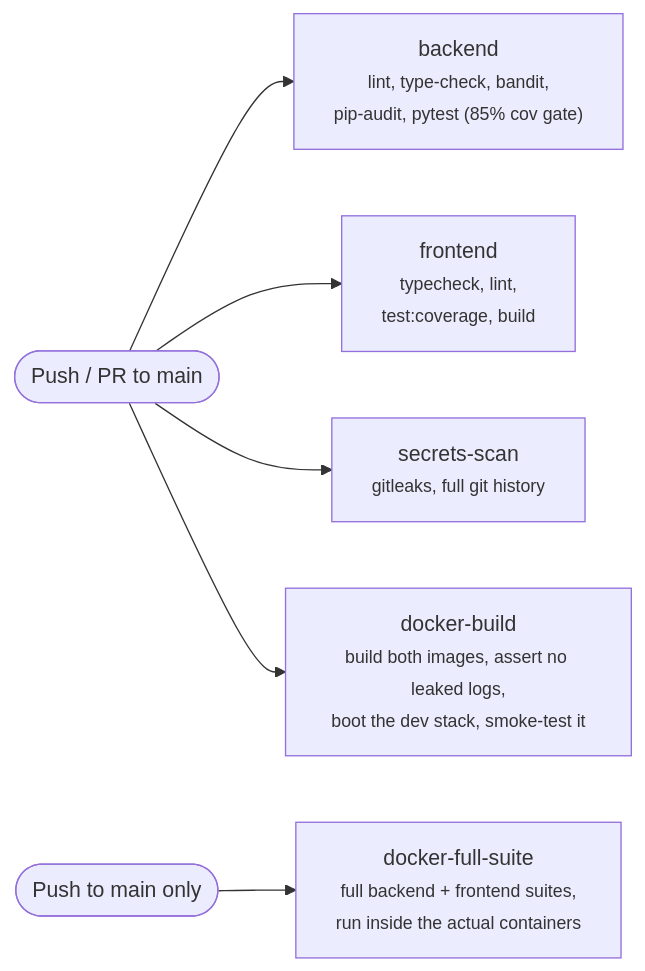
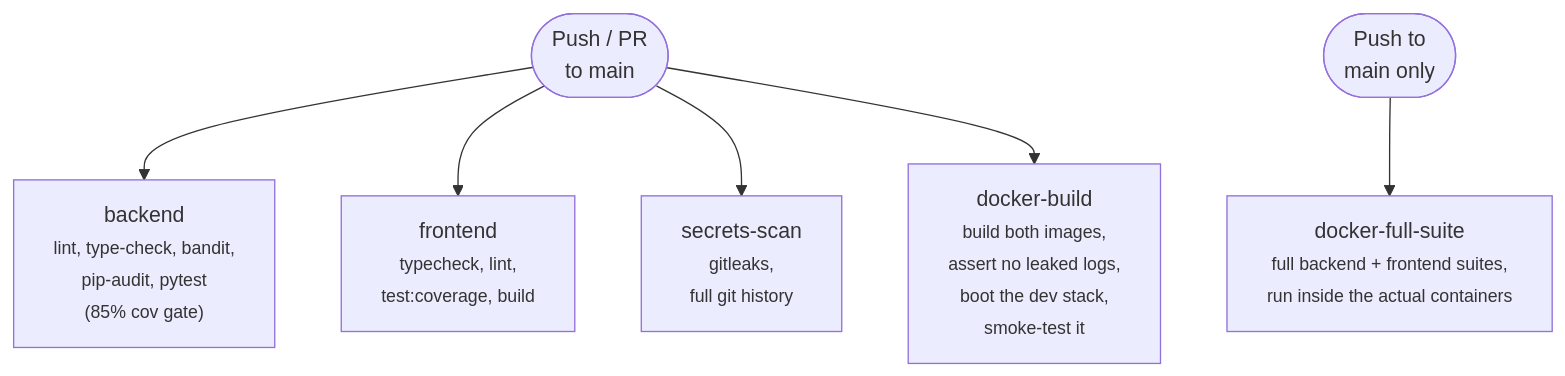
The diagram in docs/mystic_auth/cicd/overview.md (Nachiket-2024/mystic-auth), drawn with Mermaid before and after one commit. The commit also changed other lines of this file and 305 other files, not shown here.

````diff
--- a/docs/mystic_auth/cicd/overview.md
+++ b/docs/mystic_auth/cicd/overview.md
@@ -13,11 +13,11 @@
 ```mermaid
-flowchart LR
-    Trigger(["Push / PR to main"])
-    TriggerMain(["Push to main only"])
+flowchart TD
+    Trigger(["Push / PR<br/>to main"])
+    TriggerMain(["Push to<br/>main only"])
 
-    Trigger --> Backend["backend<br/><small>lint, type-check, bandit,<br/>pip-audit, pytest (85% cov gate)</small>"]
+    Trigger --> Backend["backend<br/><small>lint, type-check, bandit,<br/>pip-audit, pytest<br/>(85% cov gate)</small>"]
     Trigger --> Frontend["frontend<br/><small>typecheck, lint,<br/>test:coverage, build</small>"]
-    Trigger --> Secrets["secrets-scan<br/><small>gitleaks, full git history</small>"]
-    Trigger --> DockerBuild["docker-build<br/><small>build both images, assert no leaked logs,<br/>boot the dev stack, smoke-test it</small>"]
+    Trigger --> Secrets["secrets-scan<br/><small>gitleaks,<br/>full git history</small>"]
+    Trigger --> DockerBuild["docker-build<br/><small>build both images,<br/>assert no leaked logs,<br/>boot the dev stack,<br/>smoke-test it</small>"]
     TriggerMain --> DockerFullSuite["docker-full-suite<br/><small>full backend + frontend suites,<br/>run inside the actual containers</small>"]
 ```
````
